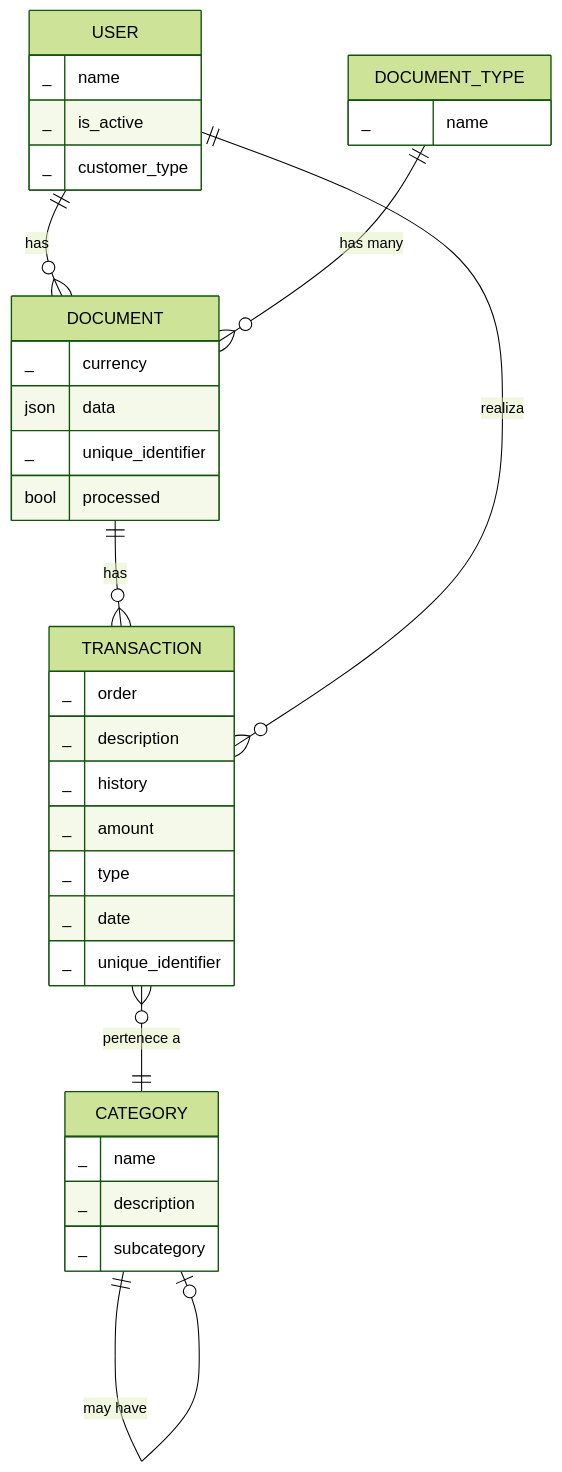
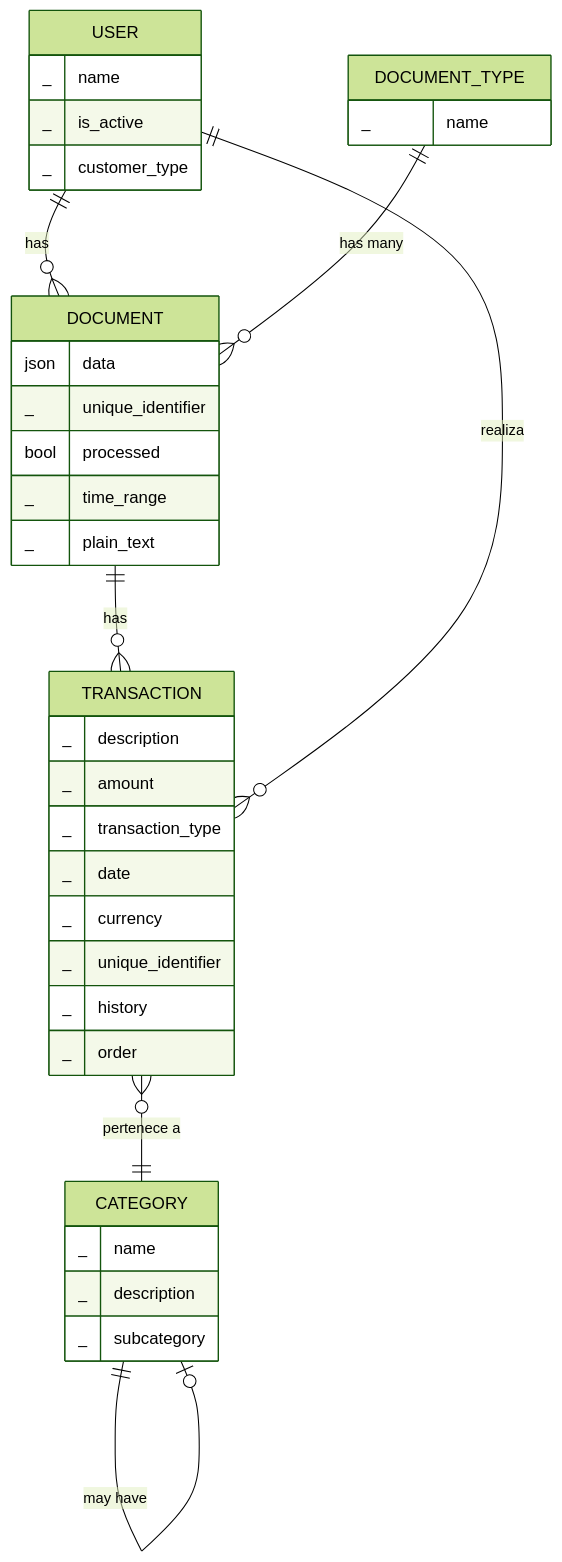
The diagram in new-service/UML.md (josueelias9/improving-BCP-organizate), drawn with Mermaid (forest theme) before and after one commit. The commit also changed 14 other files, not shown here.

Commit message:
feat: refactor document and transaction models to move currency handling, update related logic and add migration script

````diff
--- a/new-service/UML.md
+++ b/new-service/UML.md
@@ -5,46 +5,48 @@
 ```mermaid
 erDiagram
     USER {
         _ name
         _ is_active
         _ customer_type
     }
 
     TRANSACTION {
+        _ description
+        _ amount
+        _ transaction_type
+        _ date
+        _ currency
+        _ unique_identifier 
+        _ history
         _ order
-        _ description
-        _ history
-        _ amount
-        _ type
-        _ date
-        _ unique_identifier
     }
 
     CATEGORY {
         _ name
         _ description
         _ subcategory
     }
 
     DOCUMENT_TYPE {
         _ name
     }
 
 
 
     DOCUMENT {
-        _ currency
         json data
         _ unique_identifier
         bool processed
+        _ time_range
+        _ plain_text
     }
 
 
     %% Relaciones
     USER ||--o{ DOCUMENT : "has"
     DOCUMENT ||--o{ TRANSACTION : "has"
     USER ||--o{ TRANSACTION : "realiza"
     TRANSACTION }o--|| CATEGORY : "pertenece a"
     CATEGORY ||--o| CATEGORY : "may have"
     DOCUMENT_TYPE ||--o{ DOCUMENT : "has many"
 ```
````
